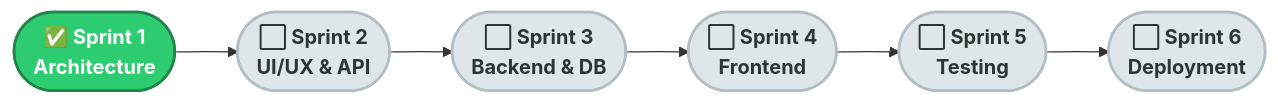
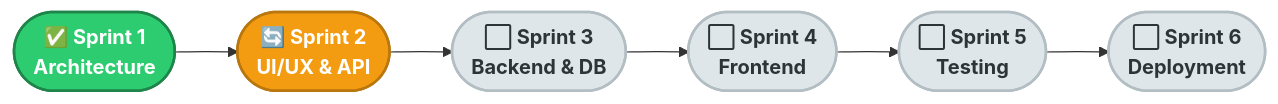
The diagram in README.md (KabirSoomro/ecommerce-2k23-CSM-40), drawn with Mermaid before and after one commit. The commit also changed other lines of this file and 3 other files, not shown here.

````diff
--- a/README.md
+++ b/README.md
@@ -127,14 +133,16 @@
 ```mermaid
 flowchart LR
-    S1(["✅ Sprint 1<br>Architecture"]) --> S2(["⬜ Sprint 2<br>UI/UX & API"])
+    S1(["✅ Sprint 1<br>Architecture"]) --> S2(["🔄 Sprint 2<br>UI/UX & API"])
     S2 --> S3(["⬜ Sprint 3<br>Backend & DB"])
     S3 --> S4(["⬜ Sprint 4<br>Frontend"])
     S4 --> S5(["⬜ Sprint 5<br>Testing"])
     S5 --> S6(["⬜ Sprint 6<br>Deployment"])
 
     classDef done fill:#2ECC71,stroke:#1E8449,stroke-width:2px,color:#ffffff,font-weight:bold;
+    classDef inprogress fill:#F39C12,stroke:#B9770E,stroke-width:2px,color:#ffffff,font-weight:bold;
     classDef pending fill:#DFE6E9,stroke:#B2BEC3,stroke-width:2px,color:#2D3436,font-weight:bold;
 
     class S1 done;
-    class S2,S3,S4,S5,S6 pending;
+    class S2 inprogress;
+    class S3,S4,S5,S6 pending;
 ```
````
